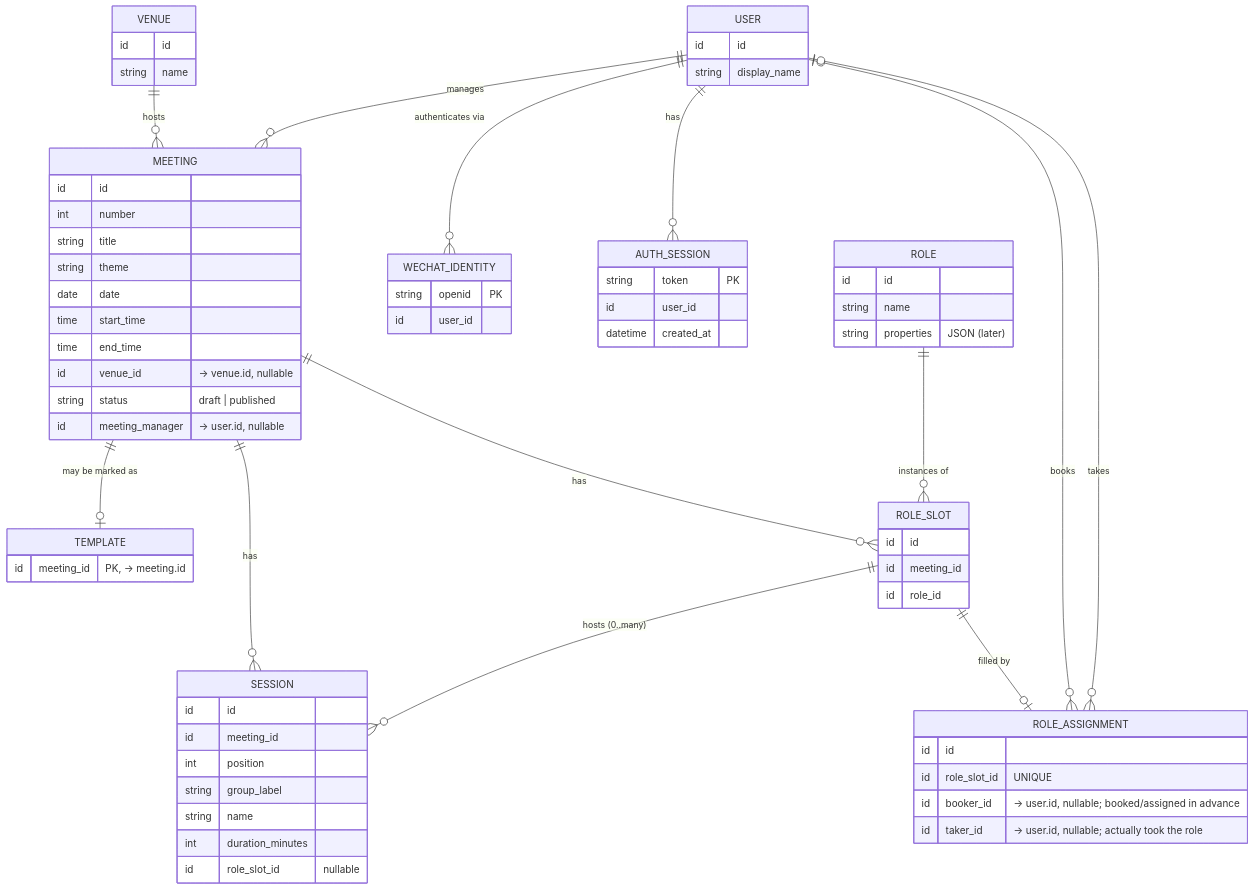
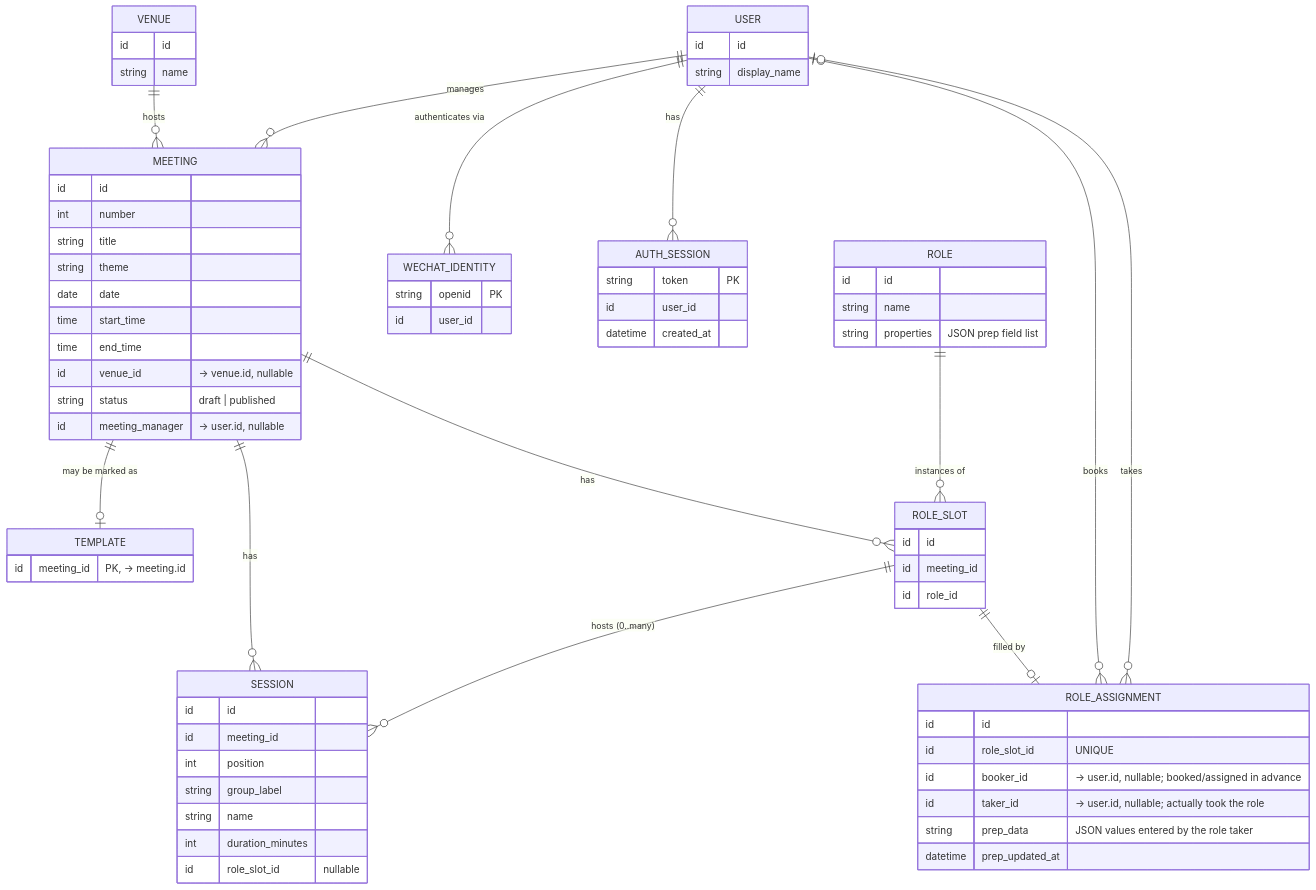
Before and after one commit to misu-tmc/misu: the diagram in design/storage/schema.md, drawn with Mermaid. The commit also changed other lines of this file and 4 other files, not shown here.

Commit message:
Add role prep schema storage

````diff
--- a/design/storage/schema.md
+++ b/design/storage/schema.md
@@ -15,73 +15,75 @@
 ```mermaid
 erDiagram
     USER      ||--o{ MEETING   : manages
     USER      ||--o{ WECHAT_IDENTITY : "authenticates via"
     USER      ||--o{ AUTH_SESSION : has
     VENUE     ||--o{ MEETING   : hosts
     MEETING   ||--o| TEMPLATE  : "may be marked as"
     MEETING   ||--o{ SESSION   : has
     MEETING   ||--o{ ROLE_SLOT : has
     ROLE      ||--o{ ROLE_SLOT : "instances of"
     ROLE_SLOT ||--o{ SESSION   : "hosts (0..many)"
     ROLE_SLOT ||--o| ROLE_ASSIGNMENT : "filled by"
     USER      |o--o{ ROLE_ASSIGNMENT : "books"
     USER      |o--o{ ROLE_ASSIGNMENT : "takes"
 
     USER {
         id     id
         string display_name
     }
     WECHAT_IDENTITY {
         string openid "PK"
         id     user_id
     }
     AUTH_SESSION {
         string   token "PK"
         id       user_id
         datetime created_at
     }
     VENUE {
       id     id
       string name
     }
     MEETING {
         id     id
         int    number
         string title
         string theme
         date   date
         time   start_time
         time   end_time
         id     venue_id "-> venue.id, nullable"
         string status "draft | published"
         id     meeting_manager "-> user.id, nullable"
     }
       TEMPLATE {
         id     meeting_id "PK, -> meeting.id"
       }
     SESSION {
         id     id
         id     meeting_id
         int    position
         string group_label
         string name
         int    duration_minutes
         id     role_slot_id "nullable"
     }
     ROLE {
         id     id
         string name
-        string properties "JSON (later)"
+      string properties "JSON prep field list"
     }
     ROLE_SLOT {
         id     id
         id     meeting_id
         id     role_id
     }
     ROLE_ASSIGNMENT {
         id     id
         id     role_slot_id "UNIQUE"
         id     booker_id "-> user.id, nullable; booked/assigned in advance"
         id     taker_id  "-> user.id, nullable; actually took the role"
+      string prep_data "JSON values entered by the role taker"
+      datetime prep_updated_at
     }
 ```
````
